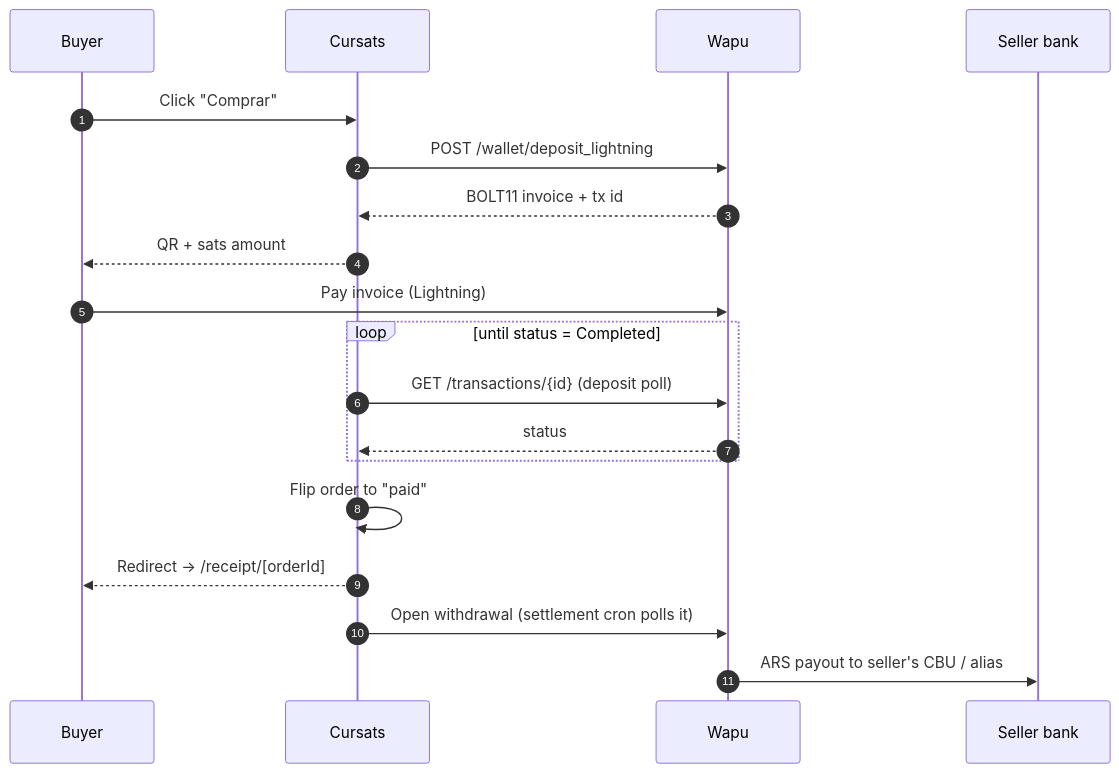
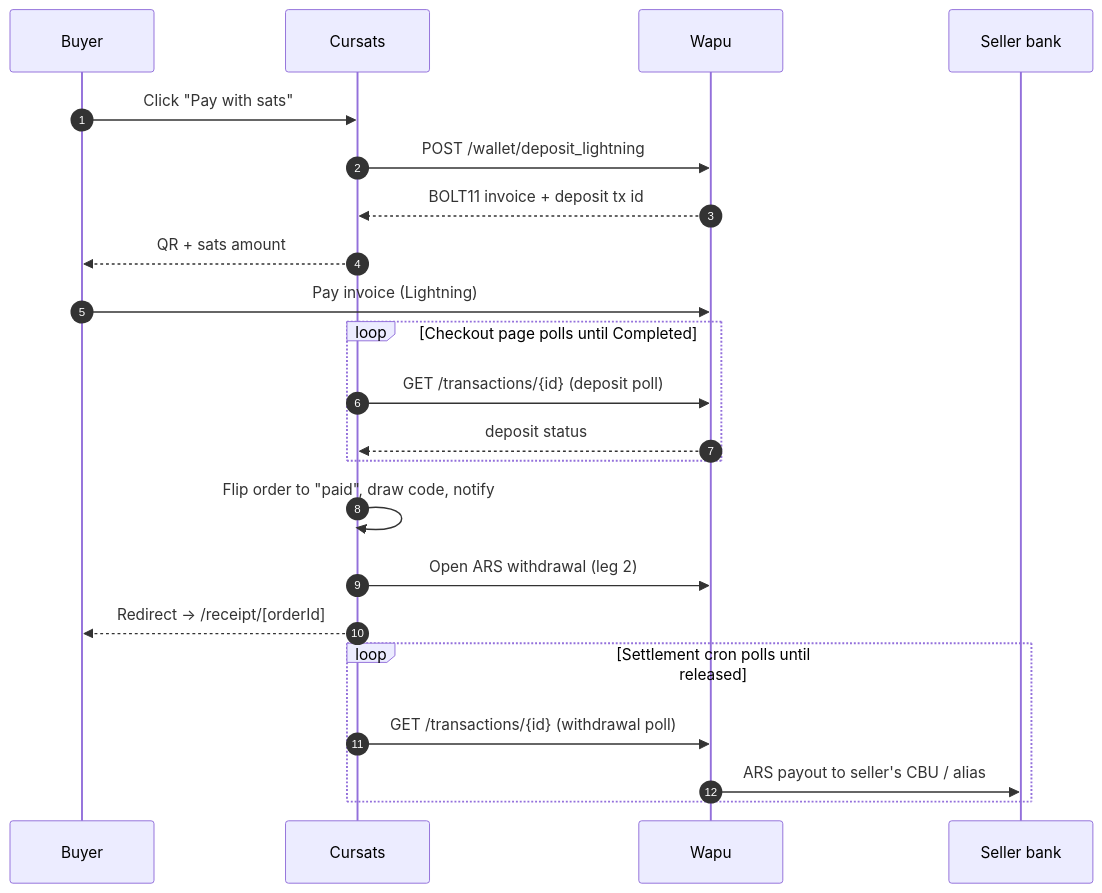
Before and after one commit to bitbybit-ar/bitbybit-cursats: the first of 2 diagrams in docs/features/checkout-flow.md, drawn with Mermaid. The commit also changed other lines of this file and 21 other files, not shown here.

````diff
--- a/docs/features/checkout-flow.md
+++ b/docs/features/checkout-flow.md
@@ -82,22 +83,25 @@
 ```mermaid
 sequenceDiagram
   autonumber
   participant Buyer
   participant App as Cursats
   participant Wapu
   participant Bank as Seller bank
 
-  Buyer->>App: Click "Comprar"
+  Buyer->>App: Click "Pay with sats"
   App->>Wapu: POST /wallet/deposit_lightning
-  Wapu-->>App: BOLT11 invoice + tx id
+  Wapu-->>App: BOLT11 invoice + deposit tx id
   App-->>Buyer: QR + sats amount
   Buyer->>Wapu: Pay invoice (Lightning)
-  loop until status = Completed
+  loop Checkout page polls until Completed
     App->>Wapu: GET /transactions/{id} (deposit poll)
-    Wapu-->>App: status
+    Wapu-->>App: deposit status
   end
-  App->>App: Flip order to "paid"
+  App->>App: Flip order to "paid", draw code, notify
+  App->>Wapu: Open ARS withdrawal (leg 2)
   App-->>Buyer: Redirect → /receipt/[orderId]
-  App->>Wapu: Open withdrawal (settlement cron polls it)
-  Wapu->>Bank: ARS payout to seller's CBU / alias
+  loop Settlement cron polls until released
+    App->>Wapu: GET /transactions/{id} (withdrawal poll)
+    Wapu->>Bank: ARS payout to seller's CBU / alias
+  end
 ```
````
